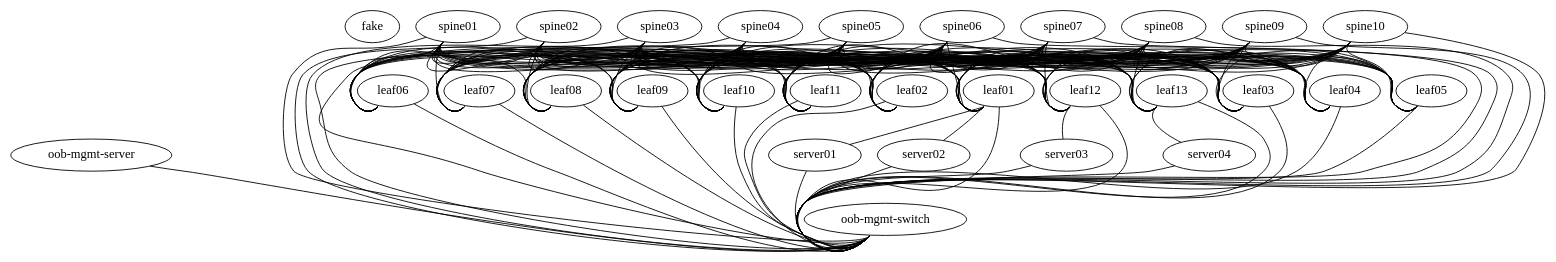
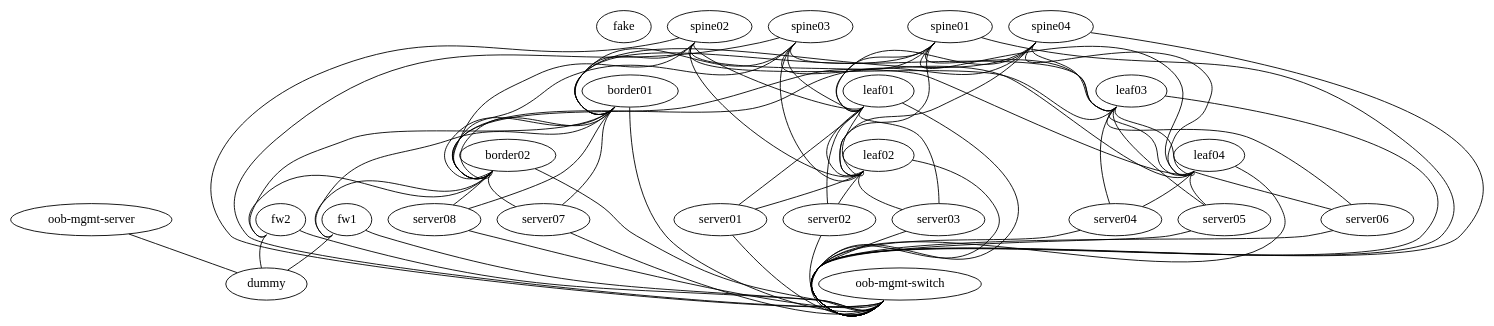
Before and after one commit to MheniMerz/smart-network-repository-infrastracture: the diagram in topology.dot, drawn with Graphviz.

Commit message:
change topology to 4spine 4leaf 2fw 2border 8server

```diff
--- a/topology.dot
+++ b/topology.dot
@@ -8,209 +8,107 @@
    "spine02" [function="spine"  os="sonic-202012-f6f4c7f4" mgmt_ip="192.168.200.22" ports="32"]
    "spine03" [function="spine"  os="sonic-202012-f6f4c7f4" mgmt_ip="192.168.200.23" ports="32"]
    "spine04" [function="spine"  os="sonic-202012-f6f4c7f4" mgmt_ip="192.168.200.24" ports="32"]
-   "spine05" [function="spine"  os="sonic-202012-f6f4c7f4" mgmt_ip="192.168.200.25" ports="32"]
-   "spine06" [function="spine"  os="sonic-202012-f6f4c7f4" mgmt_ip="192.168.200.26" ports="32"]
-   "spine07" [function="spine"  os="sonic-202012-f6f4c7f4" mgmt_ip="192.168.200.27" ports="32"]
-   "spine08" [function="spine"  os="sonic-202012-f6f4c7f4" mgmt_ip="192.168.200.28" ports="32"]
-   "spine09" [function="spine"  os="sonic-202012-f6f4c7f4" mgmt_ip="192.168.200.29" ports="32"]
-   "spine10" [function="spine"  os="sonic-202012-f6f4c7f4" mgmt_ip="192.168.200.30" ports="32"]
    
    "leaf01" [function="leaf"  os="sonic-202012-f6f4c7f4" mgmt_ip="192.168.200.41" ports="54"]
    "leaf02" [function="leaf"  os="sonic-202012-f6f4c7f4" mgmt_ip="192.168.200.42" ports="54"]
    "leaf03" [function="leaf"  os="sonic-202012-f6f4c7f4" mgmt_ip="192.168.200.43" ports="54"]
    "leaf04" [function="leaf"  os="sonic-202012-f6f4c7f4" mgmt_ip="192.168.200.44" ports="54"]
-   "leaf05" [function="leaf"  os="sonic-202012-f6f4c7f4" mgmt_ip="192.168.200.45" ports="54"]
-   "leaf06" [function="leaf"  os="sonic-202012-f6f4c7f4" mgmt_ip="192.168.200.46" ports="54"]
-   "leaf07" [function="leaf"  os="sonic-202012-f6f4c7f4" mgmt_ip="192.168.200.47" ports="54"]
-   "leaf08" [function="leaf"  os="sonic-202012-f6f4c7f4" mgmt_ip="192.168.200.48" ports="54"]
-   "leaf09" [function="leaf"  os="sonic-202012-f6f4c7f4" mgmt_ip="192.168.200.49" ports="54"]
-   "leaf10" [function="leaf"  os="sonic-202012-f6f4c7f4" mgmt_ip="192.168.200.50" ports="54"]
-   "leaf11" [function="leaf"  os="sonic-202012-f6f4c7f4" mgmt_ip="192.168.200.51" ports="54"]
-   "leaf12" [function="leaf"  os="sonic-202012-f6f4c7f4" mgmt_ip="192.168.200.52" ports="54"]
-   "leaf13" [function="leaf"  os="sonic-202012-f6f4c7f4" mgmt_ip="192.168.200.53" ports="54"]
-   
+  
+   "fw1" [function="leaf" os="sonic-202012-f6f4c7f4" mgmt_ip="192.168.200.11" ports="54"]
+   "fw2" [function="leaf" os="sonic-202012-f6f4c7f4" mgmt_ip="192.168.200.12" ports="54"]
+   "border01" [function="exit" os="sonic-202012-f6f4c7f4" mgmt_ip="192.168.200.31" ports="54"]
+   "border02" [function="exit" os="sonic-202012-f6f4c7f4" mgmt_ip="192.168.200.32" ports="54"]
+
    "server01" [function="host" os="generic/ubuntu1804" mgmt_ip="192.168.200.81" nic_model="e1000" memory="1024"]
    "server02" [function="host" os="generic/ubuntu1804" mgmt_ip="192.168.200.82" nic_model="e1000" memory="1024"]
    "server03" [function="host" os="generic/ubuntu1804" mgmt_ip="192.168.200.83" nic_model="e1000" memory="1024"]
    "server04" [function="host" os="generic/ubuntu1804" mgmt_ip="192.168.200.84" nic_model="e1000" memory="1024"]
+   "server05" [function="host" os="generic/ubuntu1804" mgmt_ip="192.168.200.85" nic_model="e1000" memory="1024"]
+   "server06" [function="host" os="generic/ubuntu1804" mgmt_ip="192.168.200.86" nic_model="e1000" memory="1024"]
+   "server07" [function="host" os="generic/ubuntu1804" mgmt_ip="192.168.200.87" nic_model="e1000" memory="1024"]
+   "server08" [function="host" os="generic/ubuntu1804" mgmt_ip="192.168.200.88" nic_model="e1000" memory="1024"]
 
-   "spine01":"swp1" -- "leaf01":"swp1"
-   "spine02":"swp1" -- "leaf01":"swp2"
-   "spine03":"swp1" -- "leaf01":"swp3"
-   "spine04":"swp1" -- "leaf01":"swp4"
-   "spine05":"swp1" -- "leaf01":"swp5"
-   "spine06":"swp1" -- "leaf01":"swp6"
-   "spine07":"swp1" -- "leaf01":"swp7"
-   "spine08":"swp1" -- "leaf01":"swp8"
-   "spine09":"swp1" -- "leaf01":"swp9"
-   "spine10":"swp1" -- "leaf01":"swp10"
+   "leaf01":"swp1" -- "server01":"eth1"
+   "leaf01":"swp2" -- "server02":"eth1"
+   "leaf01":"swp3" -- "server03":"eth1"
+   "leaf02":"swp1" -- "server01":"eth2"
+   "leaf02":"swp2" -- "server02":"eth2"
+   "leaf02":"swp3" -- "server03":"eth2"
+   "leaf03":"swp1" -- "server04":"eth1"
+   "leaf03":"swp2" -- "server05":"eth1"
+   "leaf03":"swp3" -- "server06":"eth1"
+   "leaf04":"swp1" -- "server04":"eth2"
+   "leaf04":"swp2" -- "server05":"eth2"
+   "leaf04":"swp3" -- "server06":"eth2"
 
-   "spine01":"swp2" -- "leaf02":"swp1"
-   "spine02":"swp2" -- "leaf02":"swp2"
-   "spine03":"swp2" -- "leaf02":"swp3"
-   "spine04":"swp2" -- "leaf02":"swp4"
-   "spine05":"swp2" -- "leaf02":"swp5"
-   "spine06":"swp2" -- "leaf02":"swp6"
-   "spine07":"swp2" -- "leaf02":"swp7"
-   "spine08":"swp2" -- "leaf02":"swp8"
-   "spine09":"swp2" -- "leaf02":"swp9"
-   "spine10":"swp2" -- "leaf02":"swp10"
+   "leaf01":"swp49" -- "leaf02":"swp49"
+   "leaf01":"swp50" -- "leaf02":"swp50"
+   "leaf03":"swp49" -- "leaf04":"swp49"
+   "leaf03":"swp50" -- "leaf04":"swp50"
+   "border01":"swp49" -- "border02":"swp49"
+   "border01":"swp50" -- "border02":"swp50"
 
-   "spine01":"swp3" -- "leaf03":"swp1"
-   "spine02":"swp3" -- "leaf03":"swp2"
-   "spine03":"swp3" -- "leaf03":"swp3"
-   "spine04":"swp3" -- "leaf03":"swp4"
-   "spine05":"swp3" -- "leaf03":"swp5"
-   "spine06":"swp3" -- "leaf03":"swp6"
-   "spine07":"swp3" -- "leaf03":"swp7"
-   "spine08":"swp3" -- "leaf03":"swp8"
-   "spine09":"swp3" -- "leaf03":"swp9"
-   "spine10":"swp3" -- "leaf03":"swp10"
+   "spine01":"swp1" -- "leaf01":"swp51"
+   "spine02":"swp1" -- "leaf01":"swp52"
+   "spine03":"swp1" -- "leaf01":"swp53"
+   "spine04":"swp1" -- "leaf01":"swp54"
+   "spine01":"swp2" -- "leaf02":"swp51"
+   "spine02":"swp2" -- "leaf02":"swp52"
+   "spine03":"swp2" -- "leaf02":"swp53"
+   "spine04":"swp2" -- "leaf02":"swp54"
+   "spine01":"swp3" -- "leaf03":"swp51"
+   "spine02":"swp3" -- "leaf03":"swp52"
+   "spine03":"swp3" -- "leaf03":"swp53"
+   "spine04":"swp3" -- "leaf03":"swp54"
+   "spine01":"swp4" -- "leaf04":"swp51"
+   "spine02":"swp4" -- "leaf04":"swp52"
+   "spine03":"swp4" -- "leaf04":"swp53"
+   "spine04":"swp4" -- "leaf04":"swp54"
+   "spine01":"swp5" -- "border01":"swp51"
+   "spine02":"swp5" -- "border01":"swp52"
+   "spine03":"swp5" -- "border01":"swp53"
+   "spine04":"swp5" -- "border01":"swp54"
+   "spine01":"swp6" -- "border02":"swp51"
+   "spine02":"swp6" -- "border02":"swp52"
+   "spine03":"swp6" -- "border02":"swp53"
+   "spine04":"swp6" -- "border02":"swp54"
 
-   "spine01":"swp4" -- "leaf04":"swp1"
-   "spine02":"swp4" -- "leaf04":"swp2"
-   "spine03":"swp4" -- "leaf04":"swp3"
-   "spine04":"swp4" -- "leaf04":"swp4"
-   "spine05":"swp4" -- "leaf04":"swp5"
-   "spine06":"swp4" -- "leaf04":"swp6"
-   "spine07":"swp4" -- "leaf04":"swp7"
-   "spine08":"swp4" -- "leaf04":"swp8"
-   "spine09":"swp4" -- "leaf04":"swp9"
-   "spine10":"swp4" -- "leaf04":"swp10"
+   "border01":"swp1" -- "server07":"eth1"
+   "border01":"swp2" -- "server08":"eth1"
+   "border01":"swp3" -- "fw1":"swp1"
+   "border01":"swp4" -- "fw2":"swp1"
+   "border02":"swp1" -- "server07":"eth2"
+   "border02":"swp2" -- "server08":"eth2"
+   "border02":"swp3" -- "fw1":"swp2"
+   "border02":"swp4" -- "fw2":"swp2"
 
-   "spine01":"swp5" -- "leaf05":"swp1"
-   "spine02":"swp5" -- "leaf05":"swp2"
-   "spine03":"swp5" -- "leaf05":"swp3"
-   "spine04":"swp5" -- "leaf05":"swp4"
-   "spine05":"swp5" -- "leaf05":"swp5"
-   "spine06":"swp5" -- "leaf05":"swp6"
-   "spine07":"swp5" -- "leaf05":"swp7"
-   "spine08":"swp5" -- "leaf05":"swp8"
-   "spine09":"swp5" -- "leaf05":"swp9"
-   "spine10":"swp5" -- "leaf05":"swp10"
+   "oob-mgmt-server":"eth0" -- "dummy":"outbound"
+   "fw1":"swp49" -- "dummy":"outbound-fw1"
+   "fw2":"swp49" -- "dummy":"outbound-fw2"
 
-   "spine01":"swp6" -- "leaf06":"swp1"
-   "spine02":"swp6" -- "leaf06":"swp2"
-   "spine03":"swp6" -- "leaf06":"swp3"
-   "spine04":"swp6" -- "leaf06":"swp4"
-   "spine05":"swp6" -- "leaf06":"swp5"
-   "spine06":"swp6" -- "leaf06":"swp6"
-   "spine07":"swp6" -- "leaf06":"swp7"
-   "spine08":"swp6" -- "leaf06":"swp8"
-   "spine09":"swp6" -- "leaf06":"swp9"
-   "spine10":"swp6" -- "leaf06":"swp10"
-
-   "spine01":"swp7" -- "leaf07":"swp1"
-   "spine02":"swp7" -- "leaf07":"swp2"
-   "spine03":"swp7" -- "leaf07":"swp3"
-   "spine04":"swp7" -- "leaf07":"swp4"
-   "spine05":"swp7" -- "leaf07":"swp5"
-   "spine06":"swp7" -- "leaf07":"swp6"
-   "spine07":"swp7" -- "leaf07":"swp7"
-   "spine08":"swp7" -- "leaf07":"swp8"
-   "spine09":"swp7" -- "leaf07":"swp9"
-   "spine10":"swp7" -- "leaf07":"swp10"
-
-   "spine01":"swp8" -- "leaf08":"swp1"
-   "spine02":"swp8" -- "leaf08":"swp2"
-   "spine03":"swp8" -- "leaf08":"swp3"
-   "spine04":"swp8" -- "leaf08":"swp4"
-   "spine05":"swp8" -- "leaf08":"swp5"
-   "spine06":"swp8" -- "leaf08":"swp6"
-   "spine07":"swp8" -- "leaf08":"swp7"
-   "spine08":"swp8" -- "leaf08":"swp8"
-   "spine09":"swp8" -- "leaf08":"swp9"
-   "spine10":"swp8" -- "leaf08":"swp10"
-
-   "spine01":"swp9" -- "leaf09":"swp1"
-   "spine02":"swp9" -- "leaf09":"swp2"
-   "spine03":"swp9" -- "leaf09":"swp3"
-   "spine04":"swp9" -- "leaf09":"swp4"
-   "spine05":"swp9" -- "leaf09":"swp5"
-   "spine06":"swp9" -- "leaf09":"swp6"
-   "spine07":"swp9" -- "leaf09":"swp7"
-   "spine08":"swp9" -- "leaf09":"swp8"
-   "spine09":"swp9" -- "leaf09":"swp9"
-   "spine10":"swp9" -- "leaf09":"swp10"
-
-   "spine01":"swp10" -- "leaf10":"swp1"
-   "spine02":"swp10" -- "leaf10":"swp2"
-   "spine03":"swp10" -- "leaf10":"swp3"
-   "spine04":"swp10" -- "leaf10":"swp4"
-   "spine05":"swp10" -- "leaf10":"swp5"
-   "spine06":"swp10" -- "leaf10":"swp6"
-   "spine07":"swp10" -- "leaf10":"swp7"
-   "spine08":"swp10" -- "leaf10":"swp8"
-   "spine09":"swp10" -- "leaf10":"swp9"
-   "spine10":"swp10" -- "leaf10":"swp10"
-
-   "spine01":"swp11" -- "leaf11":"swp1"
-   "spine02":"swp11" -- "leaf11":"swp2"
-   "spine03":"swp11" -- "leaf11":"swp3"
-   "spine04":"swp11" -- "leaf11":"swp4"
-   "spine05":"swp11" -- "leaf11":"swp5"
-   "spine06":"swp11" -- "leaf11":"swp6"
-   "spine07":"swp11" -- "leaf11":"swp7"
-   "spine08":"swp11" -- "leaf11":"swp8"
-   "spine09":"swp11" -- "leaf11":"swp9"
-   "spine10":"swp11" -- "leaf11":"swp10"
-
-   "spine01":"swp12" -- "leaf12":"swp1"
-   "spine02":"swp12" -- "leaf12":"swp2"
-   "spine03":"swp12" -- "leaf12":"swp3"
-   "spine04":"swp12" -- "leaf12":"swp4"
-   "spine05":"swp12" -- "leaf12":"swp5"
-   "spine06":"swp12" -- "leaf12":"swp6"
-   "spine07":"swp12" -- "leaf12":"swp7"
-   "spine08":"swp12" -- "leaf12":"swp8"
-   "spine09":"swp12" -- "leaf12":"swp9"
-   "spine10":"swp12" -- "leaf12":"swp10"
-
-   "spine01":"swp13" -- "leaf13":"swp1"
-   "spine02":"swp13" -- "leaf13":"swp2"
-   "spine03":"swp13" -- "leaf13":"swp3"
-   "spine04":"swp13" -- "leaf13":"swp4"
-   "spine05":"swp13" -- "leaf13":"swp5"
-   "spine06":"swp13" -- "leaf13":"swp6"
-   "spine07":"swp13" -- "leaf13":"swp7"
-   "spine08":"swp13" -- "leaf13":"swp8"
-   "spine09":"swp13" -- "leaf13":"swp9"
-   "spine10":"swp13" -- "leaf13":"swp10"
-
-   "leaf01":"swp11" -- "server01":"eth1"
-   "leaf01":"swp12" -- "server02":"eth1"
-   "leaf12":"swp11" -- "server03":"eth1"
-   "leaf13":"swp11" -- "server04":"eth1"
-
-   "oob-mgmt-server":"eth1" -- "oob-mgmt-switch":"swp1"
    
    "spine01":"eth0" -- "oob-mgmt-switch":"swp2" [left_mac="44:38:50:22:01:01"]
    "spine02":"eth0" -- "oob-mgmt-switch":"swp3" [left_mac="44:38:50:22:01:02"]
    "spine03":"eth0" -- "oob-mgmt-switch":"swp4" [left_mac="44:38:50:22:01:03"]
    "spine04":"eth0" -- "oob-mgmt-switch":"swp5" [left_mac="44:38:50:22:01:04"]
-   "spine05":"eth0" -- "oob-mgmt-switch":"swp6" [left_mac="44:38:50:22:01:05"]
-   "spine06":"eth0" -- "oob-mgmt-switch":"swp7" [left_mac="44:38:50:22:01:06"]
-   "spine07":"eth0" -- "oob-mgmt-switch":"swp8" [left_mac="44:38:50:22:01:07"]
-   "spine08":"eth0" -- "oob-mgmt-switch":"swp9" [left_mac="44:38:50:22:01:08"]
-   "spine09":"eth0" -- "oob-mgmt-switch":"swp10" [left_mac="44:38:50:22:01:09"]
-   "spine10":"eth0" -- "oob-mgmt-switch":"swp11" [left_mac="44:38:50:22:01:10"]
+  
+   "fw1":"eth0" -- "oob-mgmt-switch":"swp6" [left_mac="44:38:39:00:01:8c"]
+   "fw2":"eth0" -- "oob-mgmt-switch":"swp7" [left_mac="44:38:39:00:01:8e"]
    
-   "leaf01":"eth0" -- "oob-mgmt-switch":"swp12" [left_mac="44:38:40:22:01:01"]
-   "leaf02":"eth0" -- "oob-mgmt-switch":"swp13" [left_mac="44:38:40:22:01:02"]
-   "leaf03":"eth0" -- "oob-mgmt-switch":"swp14" [left_mac="44:38:40:22:01:03"]
-   "leaf04":"eth0" -- "oob-mgmt-switch":"swp15" [left_mac="44:38:40:22:01:04"]
-   "leaf05":"eth0" -- "oob-mgmt-switch":"swp16" [left_mac="44:38:40:22:01:05"]
-   "leaf06":"eth0" -- "oob-mgmt-switch":"swp17" [left_mac="44:38:40:22:01:06"]
-   "leaf07":"eth0" -- "oob-mgmt-switch":"swp18" [left_mac="44:38:40:22:01:07"]
-   "leaf08":"eth0" -- "oob-mgmt-switch":"swp19" [left_mac="44:38:40:22:01:08"]
-   "leaf09":"eth0" -- "oob-mgmt-switch":"swp20" [left_mac="44:38:40:22:01:09"]
-   "leaf10":"eth0" -- "oob-mgmt-switch":"swp21" [left_mac="44:38:40:22:01:10"]
-   "leaf11":"eth0" -- "oob-mgmt-switch":"swp22" [left_mac="44:38:40:22:01:11"]
-   "leaf12":"eth0" -- "oob-mgmt-switch":"swp23" [left_mac="44:38:40:22:01:12"]
-   "leaf13":"eth0" -- "oob-mgmt-switch":"swp24" [left_mac="44:38:40:22:01:13"]
+   "border01":"eth0" -- "oob-mgmt-switch":"swp8" [left_mac="44:38:39:00:01:74"]
+   "border02":"eth0" -- "oob-mgmt-switch":"swp9" [left_mac="44:38:39:00:01:7c"]
 
-   "server01":"eth0" -- "oob-mgmt-switch":"swp32" [left_mac="44:38:30:22:01:01"]
-   "server02":"eth0" -- "oob-mgmt-switch":"swp33" [left_mac="44:38:30:22:01:02"]
-   "server03":"eth0" -- "oob-mgmt-switch":"swp34" [left_mac="44:38:30:22:01:03"]
-   "server04":"eth0" -- "oob-mgmt-switch":"swp35" [left_mac="44:38:30:22:01:04"]
+   "leaf01":"eth0" -- "oob-mgmt-switch":"swp11" [left_mac="44:38:40:22:01:01"]
+   "leaf02":"eth0" -- "oob-mgmt-switch":"swp12" [left_mac="44:38:40:22:01:02"]
+   "leaf03":"eth0" -- "oob-mgmt-switch":"swp13" [left_mac="44:38:40:22:01:03"]
+   "leaf04":"eth0" -- "oob-mgmt-switch":"swp14" [left_mac="44:38:40:22:01:04"]
+
+   "server01":"eth0" -- "oob-mgmt-switch":"swp21" [left_mac="44:38:30:22:01:01"]
+   "server02":"eth0" -- "oob-mgmt-switch":"swp22" [left_mac="44:38:30:22:01:02"]
+   "server03":"eth0" -- "oob-mgmt-switch":"swp23" [left_mac="44:38:30:22:01:03"]
+   "server04":"eth0" -- "oob-mgmt-switch":"swp24" [left_mac="44:38:30:22:01:04"]
+   "server05":"eth0" -- "oob-mgmt-switch":"swp25" [left_mac="44:38:30:22:01:05"]
+   "server06":"eth0" -- "oob-mgmt-switch":"swp26" [left_mac="44:38:30:22:01:06"]
+   "server07":"eth0" -- "oob-mgmt-switch":"swp27" [left_mac="44:38:30:22:01:07"]
+   "server08":"eth0" -- "oob-mgmt-switch":"swp28" [left_mac="44:38:30:22:01:08"]
 }
```
